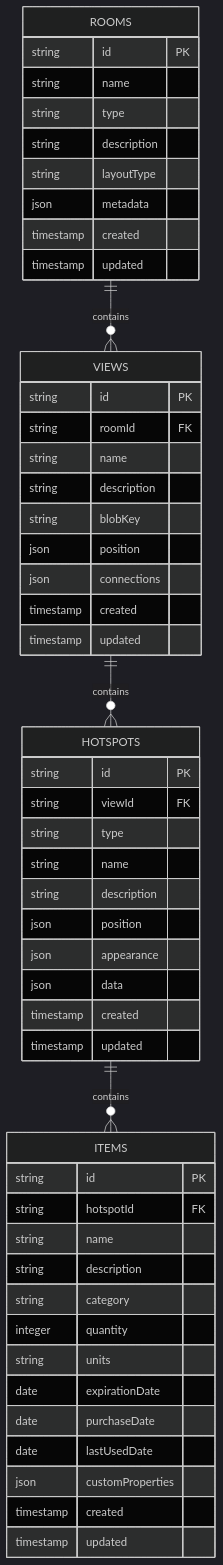
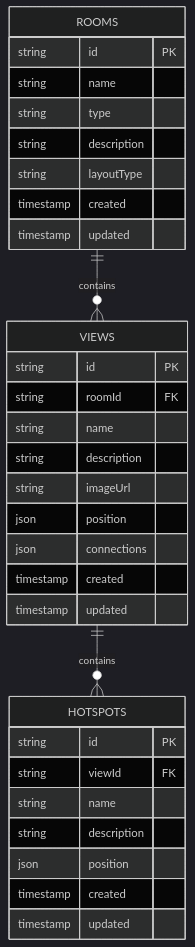
One commit to straiforos/kitchen-360 changed the seventh of 14 diagrams in docs/phases/PHASE_1_LOCAL_STORAGE.md. Above: the diagram before and after it, drawn with Mermaid (dark theme). The commit also changed other lines of this file and 1 other file, not shown here.

````diff
--- a/docs/phases/PHASE_1_LOCAL_STORAGE.md
+++ b/docs/phases/PHASE_1_LOCAL_STORAGE.md
@@ -150,58 +172,37 @@
 ```mermaid
 erDiagram
     ROOMS ||--o{ VIEWS : contains
     VIEWS ||--o{ HOTSPOTS : contains
-    HOTSPOTS ||--o{ ITEMS : contains
     
     ROOMS {
         string id PK
         string name
         string type
         string description
         string layoutType
-        json metadata
         timestamp created
         timestamp updated
     }
     
     VIEWS {
         string id PK
         string roomId FK
         string name
         string description
-        string blobKey
+        string imageUrl
         json position
         json connections
         timestamp created
         timestamp updated
     }
     
     HOTSPOTS {
         string id PK
         string viewId FK
-        string type
         string name
         string description
         json position
-        json appearance
-        json data
-        timestamp created
-        timestamp updated
-    }
-
-    ITEMS {
-        string id PK
-        string hotspotId FK
-        string name
-        string description
-        string category
-        integer quantity
-        string units
-        date expirationDate
-        date purchaseDate
-        date lastUsedDate
-        json customProperties
         timestamp created
         timestamp updated
     }
 ```
````
